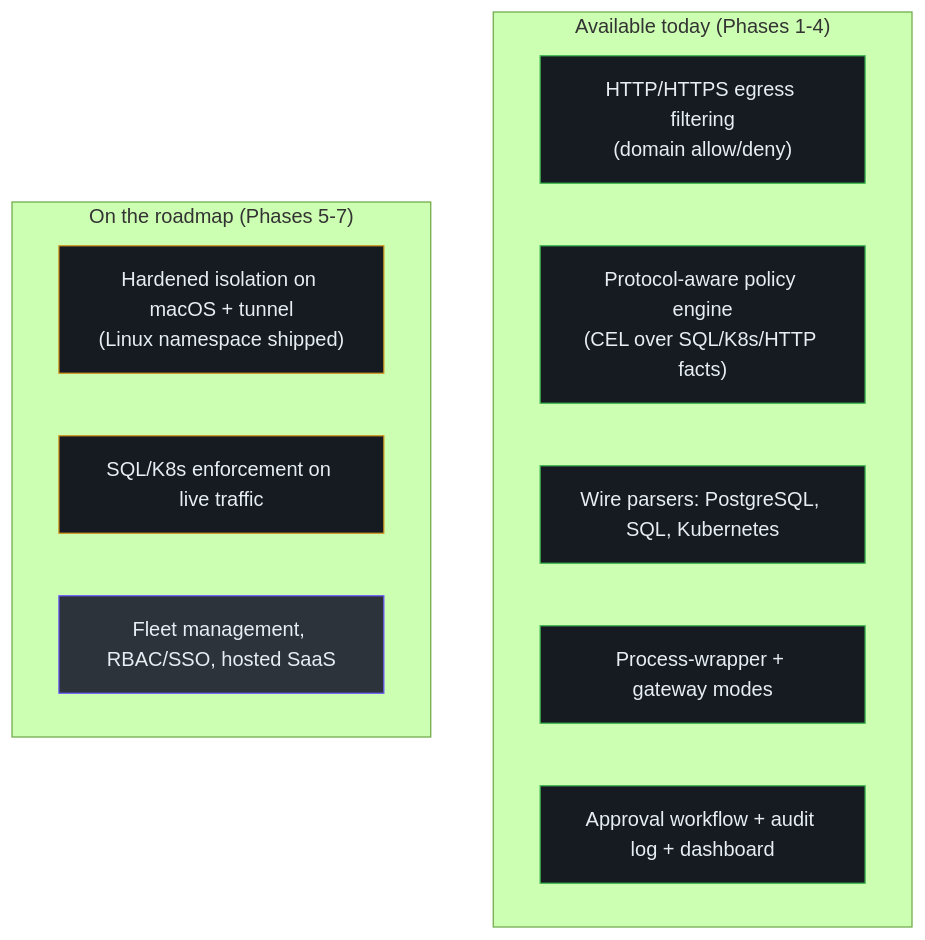
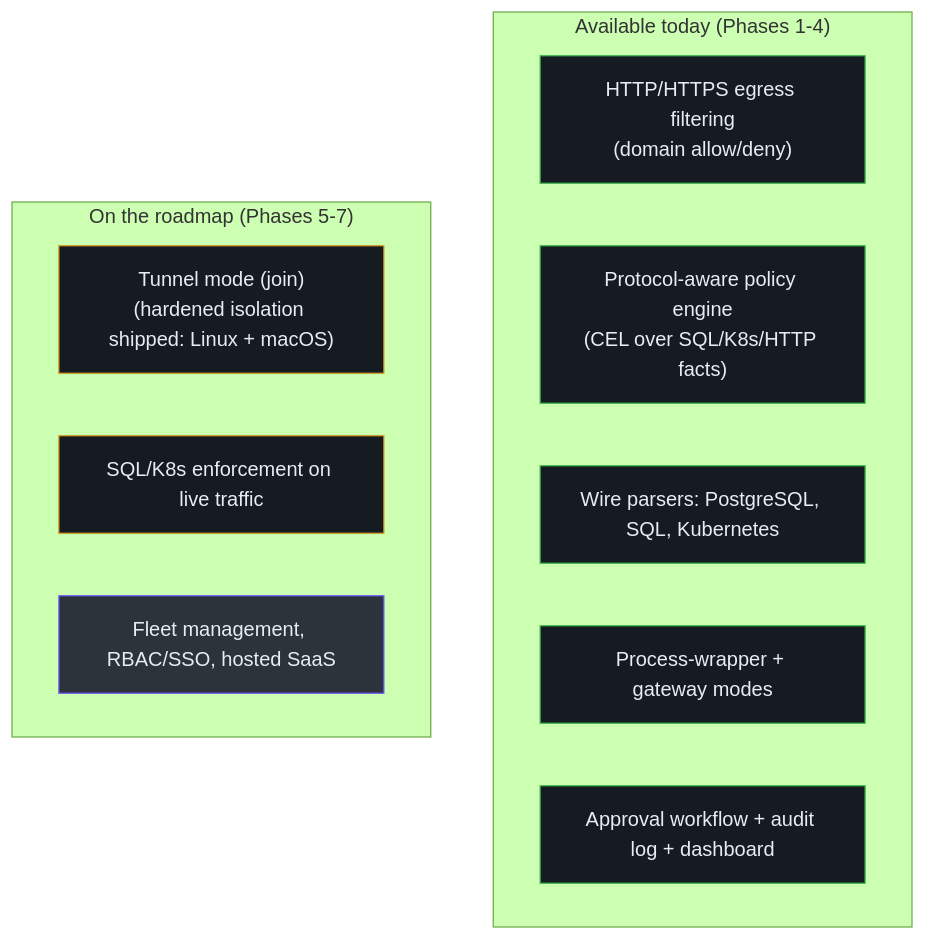
The first of 3 diagrams in wiki/onboarding/executive-guide.md (pleaseai/honmoon), drawn with Mermaid (forest theme) before and after one commit. The commit also changed other lines of this file and 17 other files, not shown here.

First line of the commit message:
feat(cli): enforce `honmoon run` isolation with a Seatbelt profile on macOS (ADR-0005) (#73)

````diff
--- a/wiki/onboarding/executive-guide.md
+++ b/wiki/onboarding/executive-guide.md
@@ -32,23 +32,23 @@
 ```mermaid
 flowchart TB
   subgraph live["Available today (Phases 1-4)"]
     a["HTTP/HTTPS egress filtering<br>(domain allow/deny)"]
     b["Protocol-aware policy engine<br>(CEL over SQL/K8s/HTTP facts)"]
     c["Wire parsers: PostgreSQL, SQL, Kubernetes"]
     d["Process-wrapper + gateway modes"]
     e["Approval workflow + audit log + dashboard"]
   end
   subgraph planned["On the roadmap (Phases 5-7)"]
-    g["Hardened isolation on macOS + tunnel<br>(Linux namespace shipped)"]
+    g["Tunnel mode (join)<br>(hardened isolation shipped: Linux + macOS)"]
     i["SQL/K8s enforcement on live traffic"]
     h["Fleet management, RBAC/SSO, hosted SaaS"]
   end
   style a fill:#161b22,stroke:#3fb950,color:#e6edf3
   style b fill:#161b22,stroke:#3fb950,color:#e6edf3
   style c fill:#161b22,stroke:#3fb950,color:#e6edf3
   style d fill:#161b22,stroke:#3fb950,color:#e6edf3
   style e fill:#161b22,stroke:#3fb950,color:#e6edf3
   style g fill:#161b22,stroke:#d29922,color:#e6edf3
   style i fill:#161b22,stroke:#d29922,color:#e6edf3
   style h fill:#2d333b,stroke:#6d5dfc,color:#e6edf3
 ```
````
